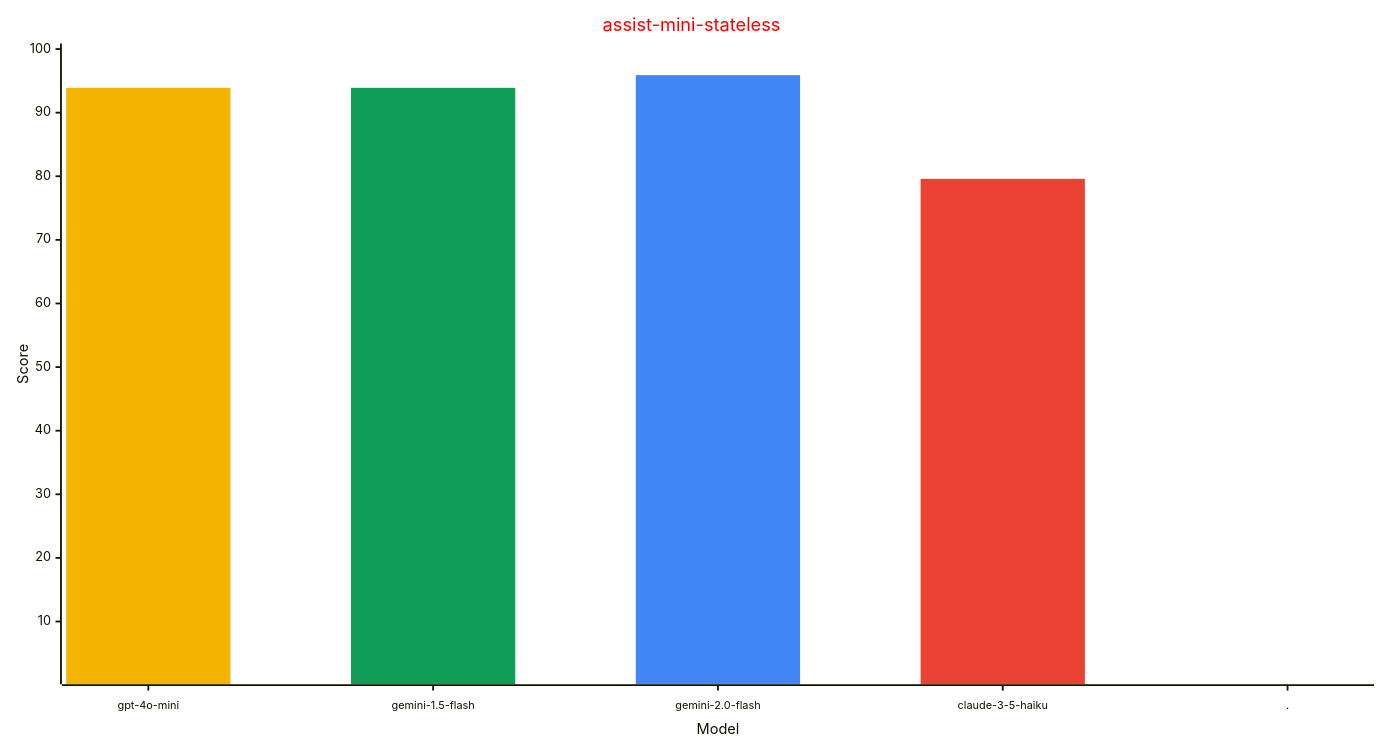
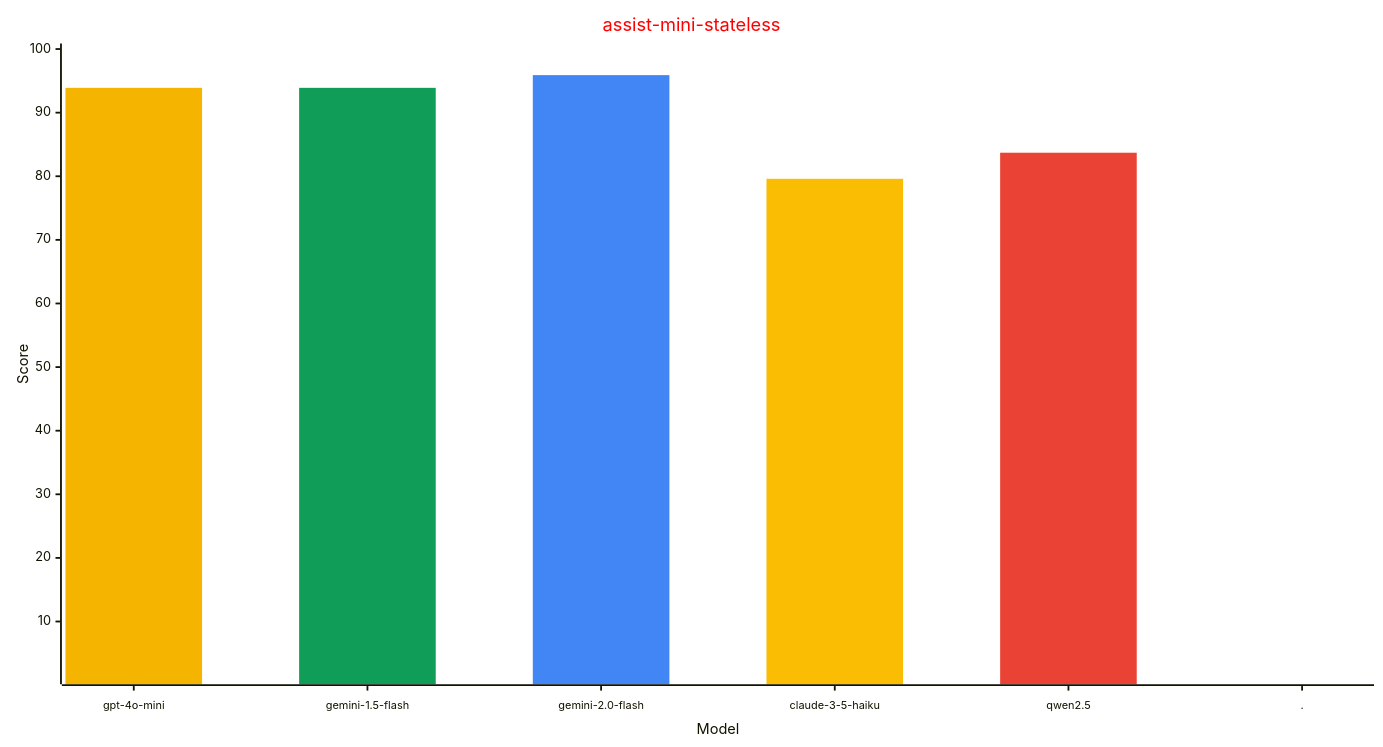
Before and after one commit to allenporter/home-assistant-datasets: the first of 4 diagrams in reports/README.md, drawn with Mermaid. The commit also changed other lines of this file and 113 other files, not shown here.

````diff
--- a/reports/README.md
+++ b/reports/README.md
@@ -51,25 +51,26 @@
 ```mermaid
 ---
 config:
     xyChart:
         width: 1500
         height: 800
         xAxis:
           labelFontSize: 12
           labelPadding: 8
     themeVariables:
         xyChart:
             titleColor: "#ff0000"
-            plotColorPalette: "#f4b400, #0f9d58, #4285f4, #ea4335, #4285f4"
+            plotColorPalette: "#f4b400, #0f9d58, #4285f4, #fbbc04, #ea4335, #4285f4"
 
 ---
 xychart-beta
   title "assist-mini-stateless"
-  x-axis "Model" [gpt-4o-mini, gemini-1.5-flash, gemini-2.0-flash, claude-3-5-haiku, .]
+  x-axis "Model" [gpt-4o-mini, gemini-1.5-flash, gemini-2.0-flash, claude-3-5-haiku, qwen2.5, .]
   y-axis "Score" 1 --> 100
-  bar [93.9, 0.0, 0.0, 0.0, 0.0]
-  bar [0.0, 93.9, 0.0, 0.0, 0.0]
-  bar [0.0, 0.0, 95.9, 0.0, 0.0]
-  bar [0.0, 0.0, 0.0, 79.6, 0.0]
-  bar [0.0, 0.0, 0.0, 0.0, -1.0]
+  bar [93.9, 0.0, 0.0, 0.0, 0.0, 0.0]
+  bar [0.0, 93.9, 0.0, 0.0, 0.0, 0.0]
+  bar [0.0, 0.0, 95.9, 0.0, 0.0, 0.0]
+  bar [0.0, 0.0, 0.0, 79.6, 0.0, 0.0]
+  bar [0.0, 0.0, 0.0, 0.0, 83.7, 0.0]
+  bar [0.0, 0.0, 0.0, 0.0, 0.0, -1.0]
 ```
````
